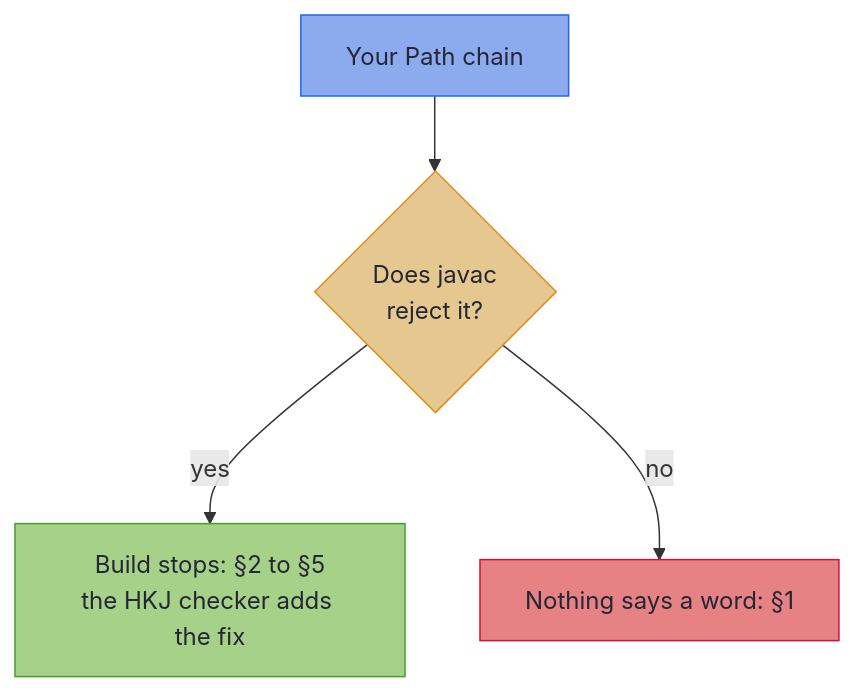
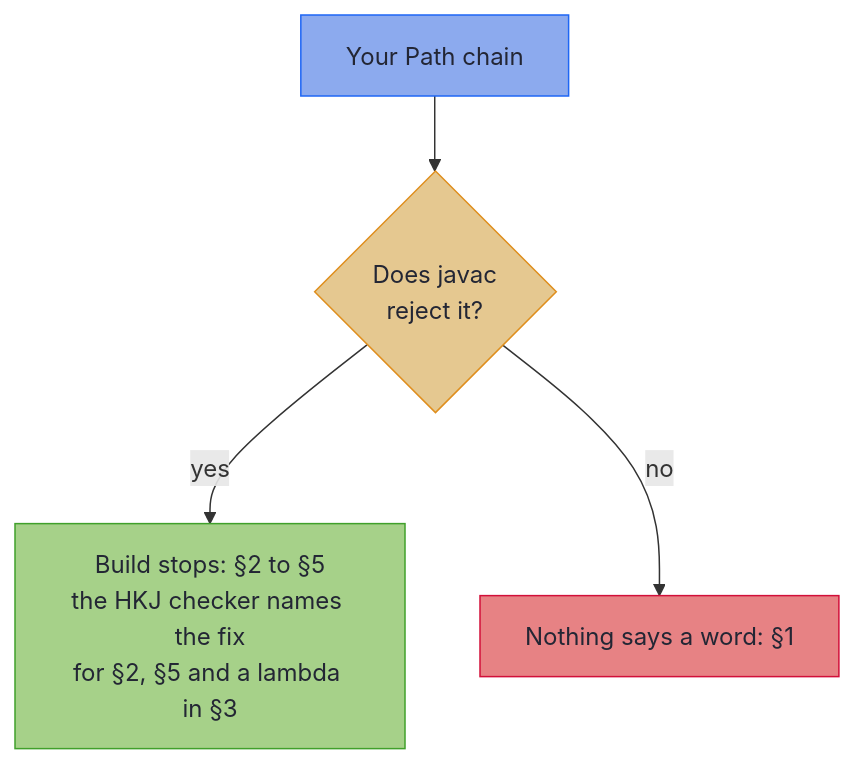
Before and after one commit to higher-kinded-j/higher-kinded-j.github.io: the diagram in latest/effect/compiler_errors.md, drawn with Mermaid. The commit also changed 396 other files, not shown here.

````diff
--- a/latest/effect/compiler_errors.md
+++ b/latest/effect/compiler_errors.md
@@ -38,20 +38,22 @@
 ```mermaid
 flowchart TD
+    accTitle: Who speaks when a Path chain is wrong
+    accDescr: If javac rejects the chain, the build stops, as in sections 2 to 5, and the HKJ checker names the fix for sections 2 and 5 and for a lambda in section 3. If javac accepts it, nothing says a word, as in section 1.
     C["Your Path chain"]
     J{"Does javac<br/>reject it?"}
-    JE["Build stops: §2 to §5<br/>the HKJ checker adds the fix"]
+    JE["Build stops: §2 to §5<br/>the HKJ checker names the fix<br/>for §2, §5 and a lambda in §3"]
     N["Nothing says a word: §1"]
 
     C --> J
     J -->|yes| JE
     J -->|no| N
 
     classDef step fill:#8caaee,stroke:#1e66f5,color:#232634
     classDef decision fill:#e5c890,stroke:#df8e1d,color:#232634
     classDef caught fill:#a6d189,stroke:#40a02b,color:#232634
     classDef missed fill:#e78284,stroke:#d20f39,color:#232634
     class C step
     class J decision
     class JE caught
     class N missed
 ```
````
